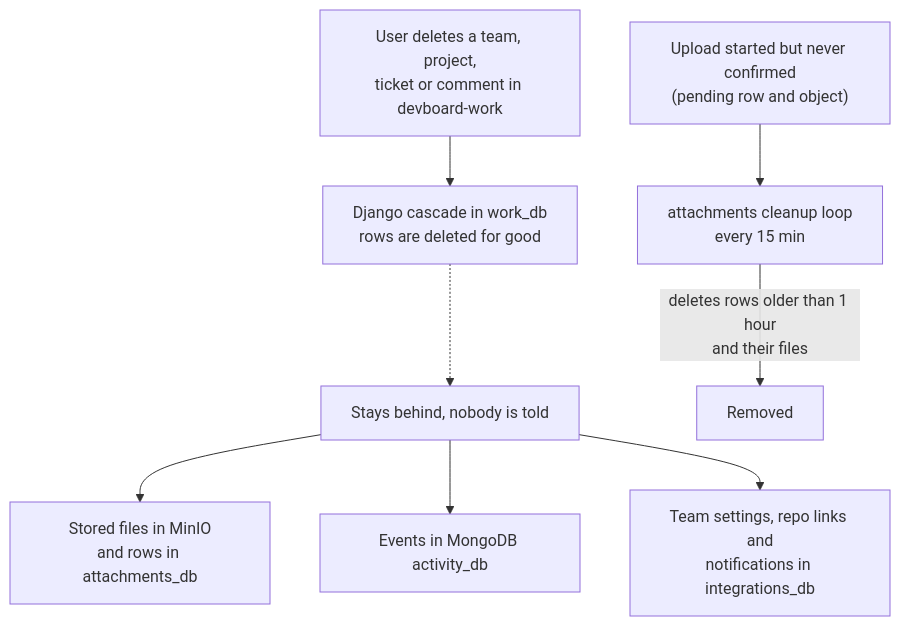
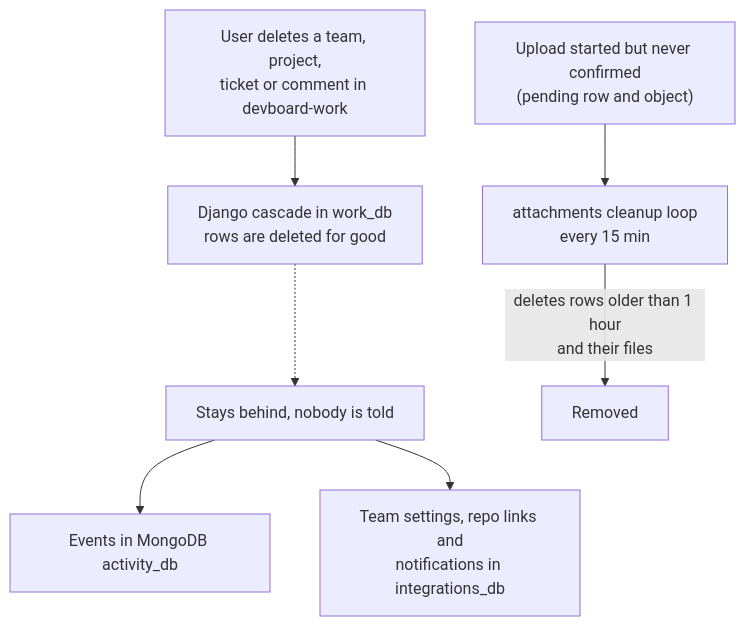
One commit to devboard-app/devboard-docs changed the diagram in architecture/flows/deletes-and-cleanup.md. Above: the diagram before and after it, drawn with Mermaid. The commit also changed other lines of this file and 21 other files, not shown here.

````diff
--- a/architecture/flows/deletes-and-cleanup.md
+++ b/architecture/flows/deletes-and-cleanup.md
@@ -10,18 +10,17 @@
 ```mermaid
 flowchart TB
     del["User deletes a team, project,<br/>ticket or comment in devboard-work"]
     cascade["Django cascade in work_db<br/>rows are deleted for good"]
     stays["Stays behind, nobody is told"]
 
     del --> cascade
     cascade -.-> stays
 
-    stays --> f["Stored files in MinIO<br/>and rows in attachments_db"]
     stays --> a["Events in MongoDB activity_db"]
     stays --> n["Team settings, repo links and<br/>notifications in integrations_db"]
 
     pending["Upload started but never confirmed<br/>(pending row and object)"]
     loop["attachments cleanup loop<br/>every 15 min"]
     pending --> loop
     loop -->|"deletes rows older than 1 hour<br/>and their files"| gone["Removed"]
 ```
````
